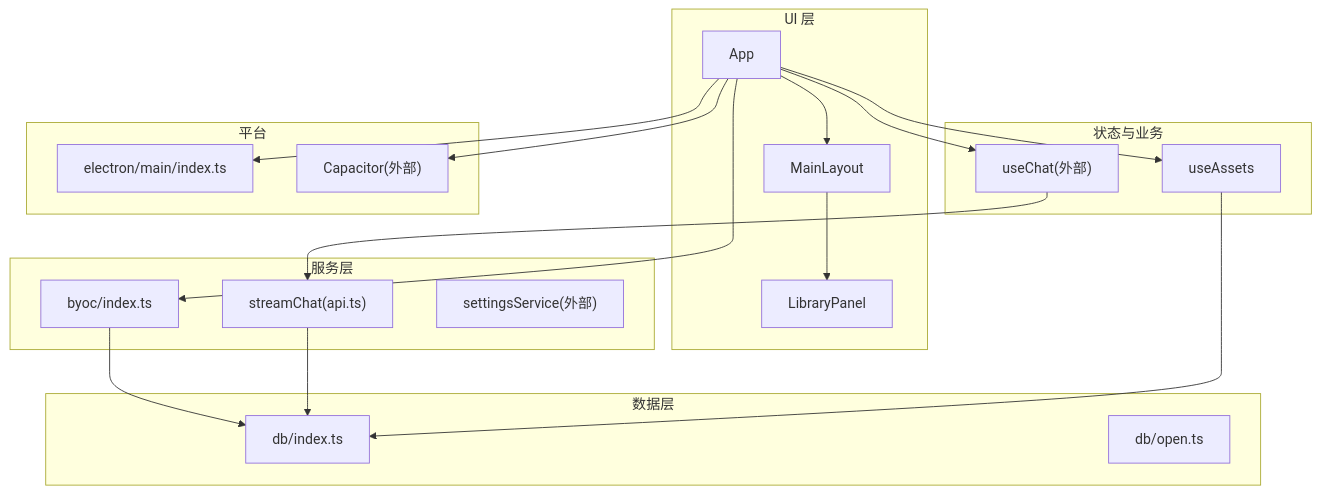
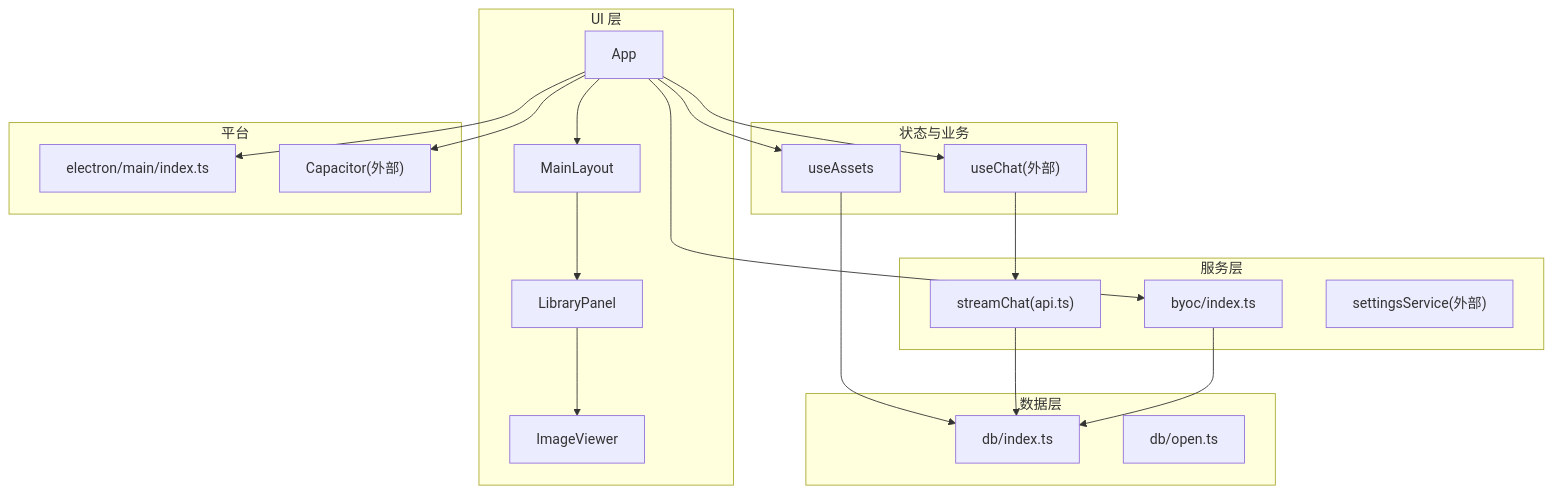
Before and after one commit to billye220670/AIShop: the second of 12 diagrams in .qoder/repowiki/zh/content/架构设计/组件架构设计/功能面板组件/资产库管理系统.md, drawn with Mermaid. The commit also changed other lines of this file and 40 other files, not shown here.

````diff
--- a/.qoder/repowiki/zh/content/架构设计/组件架构设计/功能面板组件/资产库管理系统.md
+++ b/.qoder/repowiki/zh/content/架构设计/组件架构设计/功能面板组件/资产库管理系统.md
@@ -96,36 +106,38 @@
 ```mermaid
 graph TB
 subgraph "UI 层"
 UI_App["App"]
 UI_Layout["MainLayout"]
 UI_Library["LibraryPanel"]
+UI_Viewer["ImageViewer"]
 end
 subgraph "状态与业务"
 Hook_Assets["useAssets"]
 Hook_Chat["useChat(外部)"]
 end
 subgraph "服务层"
 Svc_API["streamChat(api.ts)"]
 Svc_BYOC["byoc/index.ts"]
 Svc_Settings["settingsService(外部)"]
 end
 subgraph "数据层"
 DB_Index["db/index.ts"]
 DB_Open["db/open.ts"]
 end
 subgraph "平台"
 Plat_Electron["electron/main/index.ts"]
 Plat_Capacitor["Capacitor(外部)"]
 end
 UI_App --> UI_Layout
 UI_App --> Hook_Assets
 UI_App --> Hook_Chat
 UI_Layout --> UI_Library
+UI_Library --> UI_Viewer
 Hook_Assets --> DB_Index
 Hook_Chat --> Svc_API
 UI_App --> Svc_BYOC
 Svc_API --> DB_Index
 Svc_BYOC --> DB_Index
 UI_App --> Plat_Electron
 UI_App --> Plat_Capacitor
 ```
````
